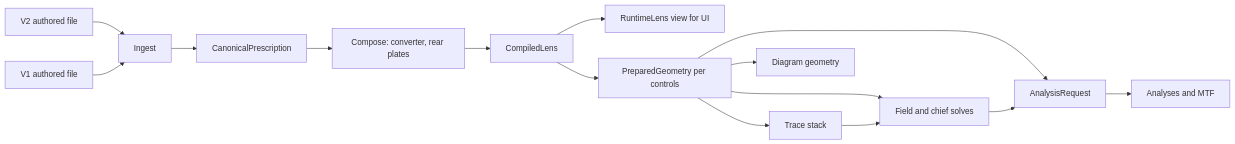
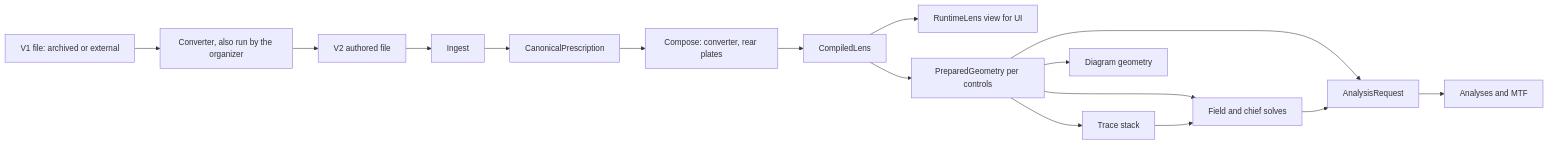
One commit to ronbuening/LensVisualizer changed the first of 2 diagrams in OPTICS_ENGINE_REWRITE_SPEC.md. Above: the diagram before and after it, drawn with Mermaid. The commit also changed other lines of this file, not shown here.

````diff
--- a/OPTICS_ENGINE_REWRITE_SPEC.md
+++ b/OPTICS_ENGINE_REWRITE_SPEC.md
@@ -448,17 +452,18 @@
 ```mermaid
 flowchart LR
-  V2[V2 authored file] --> I[Ingest]
-  V1[V1 authored file] --> I
+  V1[V1 file: archived or external] --> CV[Converter, also run by the organizer]
+  CV --> V2[V2 authored file]
+  V2 --> I[Ingest]
   I --> C[CanonicalPrescription]
   C --> X[Compose: converter, rear plates]
   X --> K[CompiledLens]
   K --> R[RuntimeLens view for UI]
   K --> G[PreparedGeometry per controls]
   G --> T[Trace stack]
   G --> F[Field and chief solves]
   T --> F
   G --> Q[AnalysisRequest]
   F --> Q
   Q --> A[Analyses and MTF]
   G --> D[Diagram geometry]
 ```
````
